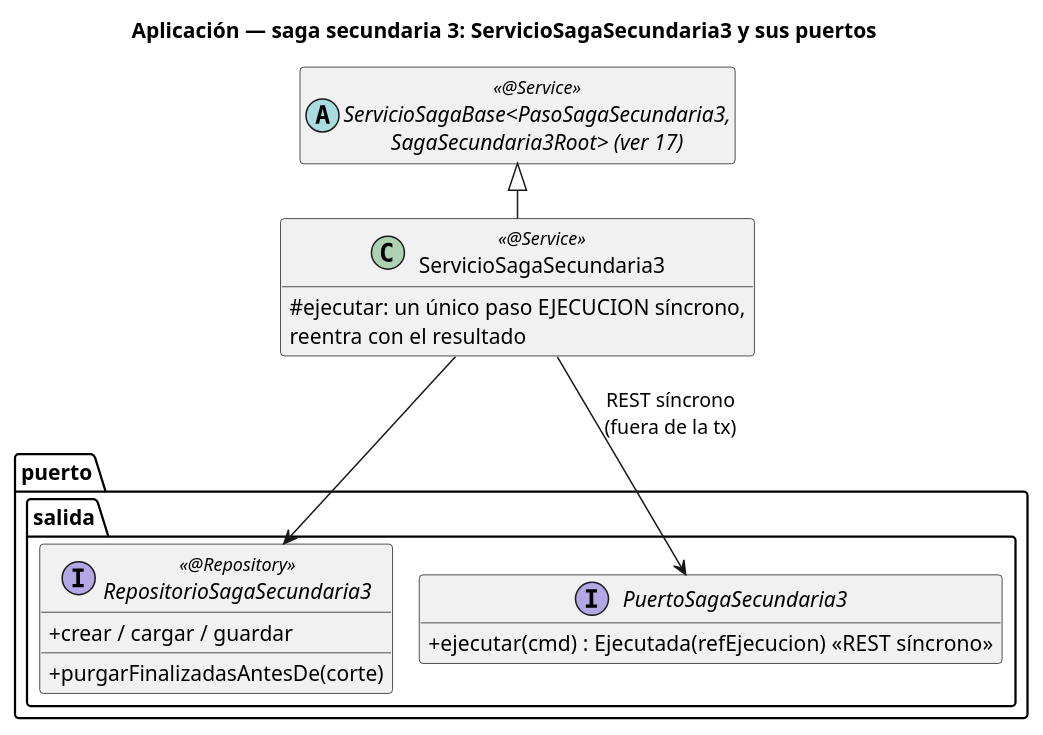
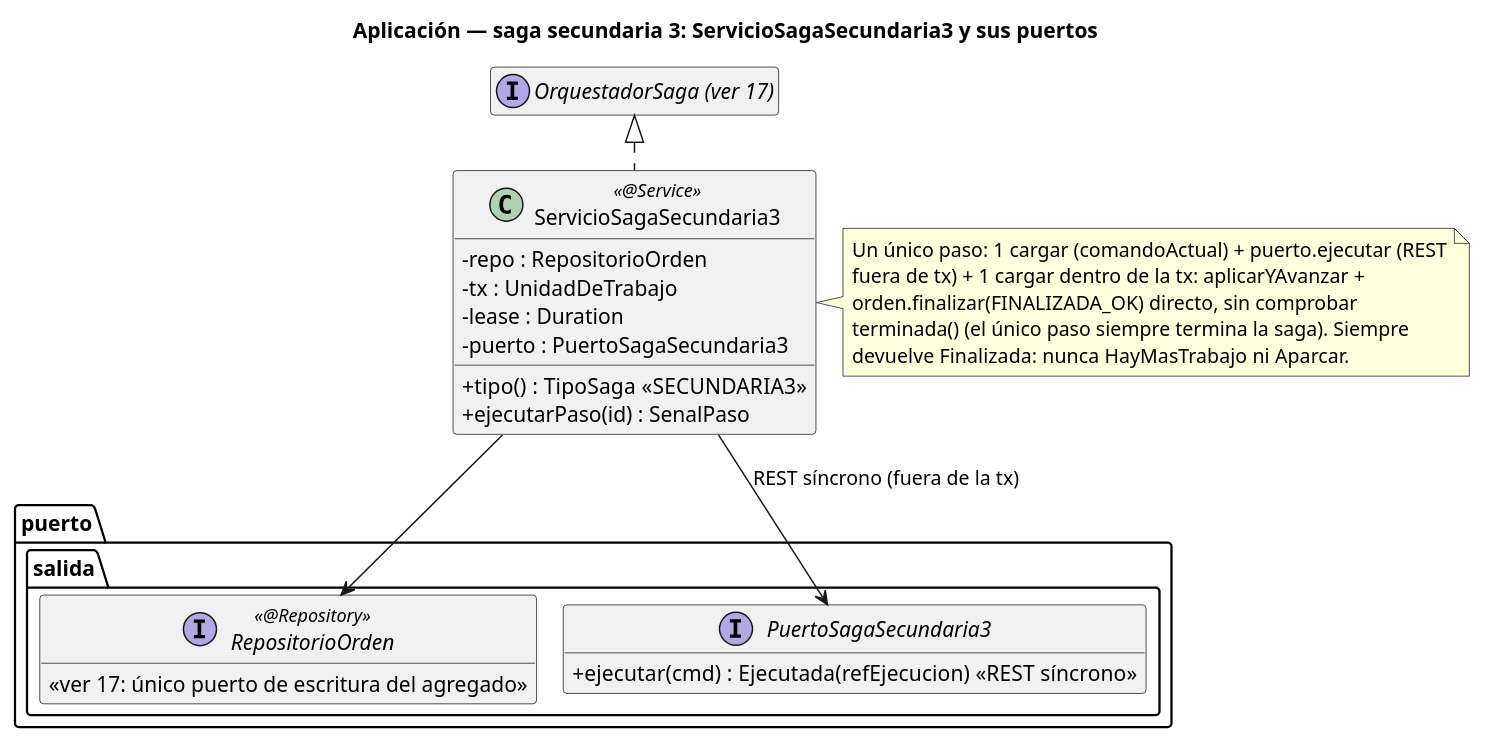
Before and after one commit to ralcazar/patrones: the diagram in order-manager/docs/21-clases-aplicacion-saga-secundaria3.puml, drawn with PlantUML. The commit also changed 45 other files, not shown here.

First line of the commit message:
Fase 5: diagramas de order-manager sincronizados con el agregado unico

```diff
--- a/order-manager/docs/21-clases-aplicacion-saga-secundaria3.puml
+++ b/order-manager/docs/21-clases-aplicacion-saga-secundaria3.puml
@@ -1,26 +1,37 @@
 @startuml 21-clases-aplicacion-saga-secundaria3
 title Aplicación — saga secundaria 3: ServicioSagaSecundaria3 y sus puertos
 !pragma layout smetana
 hide empty members
 skinparam classAttributeIconSize 0
 
-abstract class "ServicioSagaBase<PasoSagaSecundaria3,\nSagaSecundaria3Root> (ver 17)" as Base <<@Service>>
+interface "OrquestadorSaga (ver 17)" as Base
 
 class ServicioSagaSecundaria3 <<@Service>> {
-  #ejecutar: un único paso EJECUCION síncrono,\nreentra con el resultado
+  -repo : RepositorioOrden
+  -tx : UnidadDeTrabajo
+  -lease : Duration
+  -puerto : PuertoSagaSecundaria3
+  +tipo() : TipoSaga  «SECUNDARIA3»
+  +ejecutarPaso(id) : SenalPaso
 }
+note right of ServicioSagaSecundaria3
+  Un único paso: 1 cargar (comandoActual) + puerto.ejecutar (REST
+  fuera de tx) + 1 cargar dentro de la tx: aplicarYAvanzar +
+  orden.finalizar(FINALIZADA_OK) directo, sin comprobar
+  terminada() (el único paso siempre termina la saga). Siempre
+  devuelve Finalizada: nunca HayMasTrabajo ni Aparcar.
+end note
 
 package "puerto.salida" {
-  interface RepositorioSagaSecundaria3 <<@Repository>> {
-    +crear / cargar / guardar
-    +purgarFinalizadasAntesDe(corte)
+  interface RepositorioOrden <<@Repository>> {
+    «ver 17: único puerto de escritura del agregado»
   }
   interface PuertoSagaSecundaria3 {
     +ejecutar(cmd) : Ejecutada(refEjecucion)  «REST síncrono»
   }
 }
 
-Base <|-down- ServicioSagaSecundaria3
-ServicioSagaSecundaria3 --> RepositorioSagaSecundaria3
-ServicioSagaSecundaria3 --> PuertoSagaSecundaria3 : REST síncrono\n(fuera de la tx)
+Base <|.. ServicioSagaSecundaria3
+ServicioSagaSecundaria3 --> RepositorioOrden
+ServicioSagaSecundaria3 --> PuertoSagaSecundaria3 : REST síncrono (fuera de la tx)
 @enduml
```
